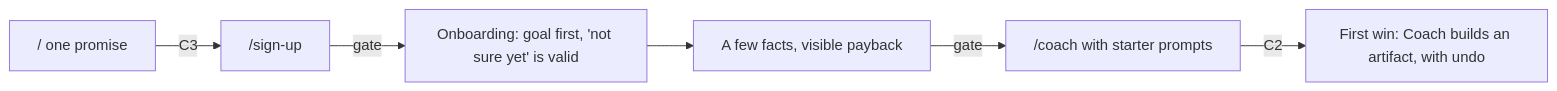
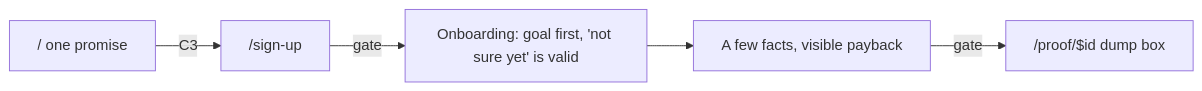
Before and after one commit to Rickvu309/opencv: the third of 7 diagrams in docs/flows.md, drawn with Mermaid. The commit also changed other lines of this file and 13 other files, not shown here.

````diff
--- a/docs/flows.md
+++ b/docs/flows.md
@@ -152,8 +152,7 @@
 ```mermaid
 flowchart LR
   Landing["/  one promise"] -->|"C3"| SignUp["/sign-up"]
   SignUp -->|"gate"| Goal["Onboarding: goal first, 'not sure yet' is valid"]
   Goal --> Facts["A few facts, visible payback"]
-  Facts -->|"gate"| Coach["/coach with starter prompts"]
-  Coach -->|"C2"| Win["First win: Coach builds an artifact, with undo"]
+  Facts -->|"gate"| Dump["/proof/$id dump box"]
 ```
````
